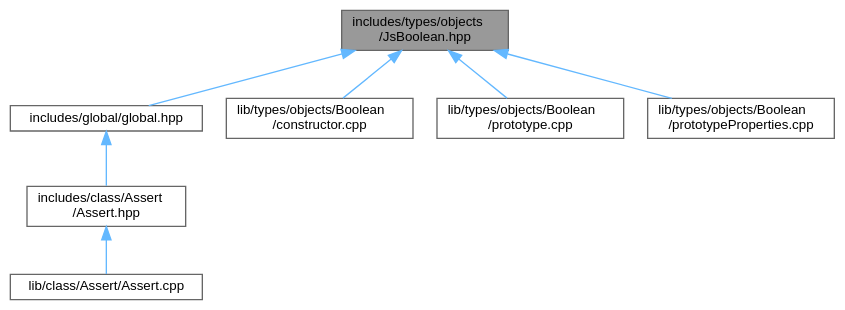
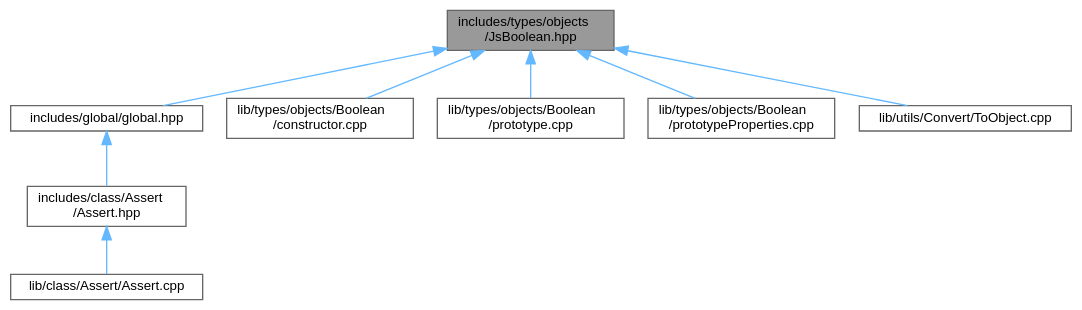
Before and after one commit to JS-CMP/JS-CMP: the diagram in JsBoolean_8hpp__dep__incl.dot, drawn with Graphviz. The commit also changed 35 other files, not shown here.

```diff
--- a/JsBoolean_8hpp__dep__incl.dot
+++ b/JsBoolean_8hpp__dep__incl.dot
@@ -1,20 +1,22 @@
 digraph "includes/types/objects/JsBoolean.hpp"
 {
  // LATEX_PDF_SIZE
   bgcolor="transparent";
   edge [fontname=Helvetica,fontsize=10,labelfontname=Helvetica,labelfontsize=10];
   node [fontname=Helvetica,fontsize=10,shape=box,height=0.2,width=0.4];
   Node1 [id="Node000001",label="includes/types/objects\l/JsBoolean.hpp",height=0.2,width=0.4,color="gray40", fillcolor="grey60", style="filled", fontcolor="black",tooltip=" "];
   Node1 -> Node2 [id="edge1_Node000001_Node000002",dir="back",color="steelblue1",style="solid",tooltip=" "];
   Node2 [id="Node000002",label="includes/global/global.hpp",height=0.2,width=0.4,color="grey40", fillcolor="white", style="filled",URL="$global_8hpp.html",tooltip=" "];
   Node2 -> Node3 [id="edge2_Node000002_Node000003",dir="back",color="steelblue1",style="solid",tooltip=" "];
   Node3 [id="Node000003",label="includes/class/Assert\l/Assert.hpp",height=0.2,width=0.4,color="grey40", fillcolor="white", style="filled",URL="$Assert_8hpp.html",tooltip=" "];
   Node3 -> Node4 [id="edge3_Node000003_Node000004",dir="back",color="steelblue1",style="solid",tooltip=" "];
   Node4 [id="Node000004",label="lib/class/Assert/Assert.cpp",height=0.2,width=0.4,color="grey40", fillcolor="white", style="filled",URL="$Assert_8cpp.html",tooltip=" "];
   Node1 -> Node5 [id="edge4_Node000001_Node000005",dir="back",color="steelblue1",style="solid",tooltip=" "];
   Node5 [id="Node000005",label="lib/types/objects/Boolean\l/constructor.cpp",height=0.2,width=0.4,color="grey40", fillcolor="white", style="filled",URL="$types_2objects_2Boolean_2constructor_8cpp.html",tooltip=" "];
   Node1 -> Node6 [id="edge5_Node000001_Node000006",dir="back",color="steelblue1",style="solid",tooltip=" "];
   Node6 [id="Node000006",label="lib/types/objects/Boolean\l/prototype.cpp",height=0.2,width=0.4,color="grey40", fillcolor="white", style="filled",URL="$Boolean_2prototype_8cpp.html",tooltip=" "];
   Node1 -> Node7 [id="edge6_Node000001_Node000007",dir="back",color="steelblue1",style="solid",tooltip=" "];
   Node7 [id="Node000007",label="lib/types/objects/Boolean\l/prototypeProperties.cpp",height=0.2,width=0.4,color="grey40", fillcolor="white", style="filled",URL="$Boolean_2prototypeProperties_8cpp.html",tooltip=" "];
+  Node1 -> Node8 [id="edge7_Node000001_Node000008",dir="back",color="steelblue1",style="solid",tooltip=" "];
+  Node8 [id="Node000008",label="lib/utils/Convert/ToObject.cpp",height=0.2,width=0.4,color="grey40", fillcolor="white", style="filled",URL="$ToObject_8cpp.html",tooltip=" "];
 }
```
